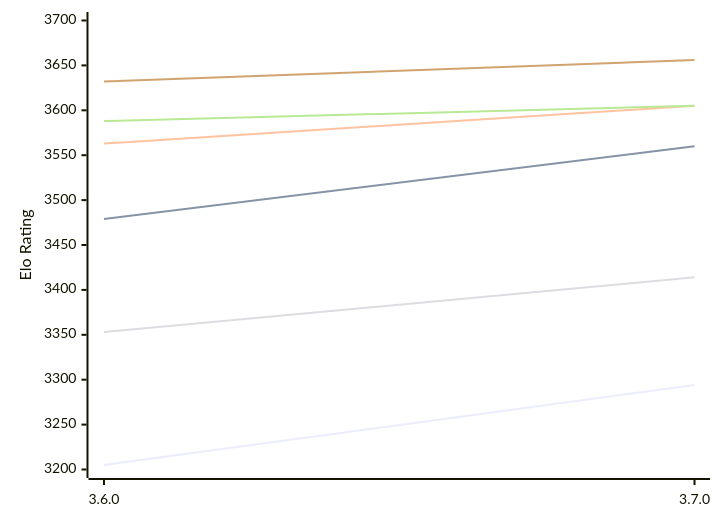
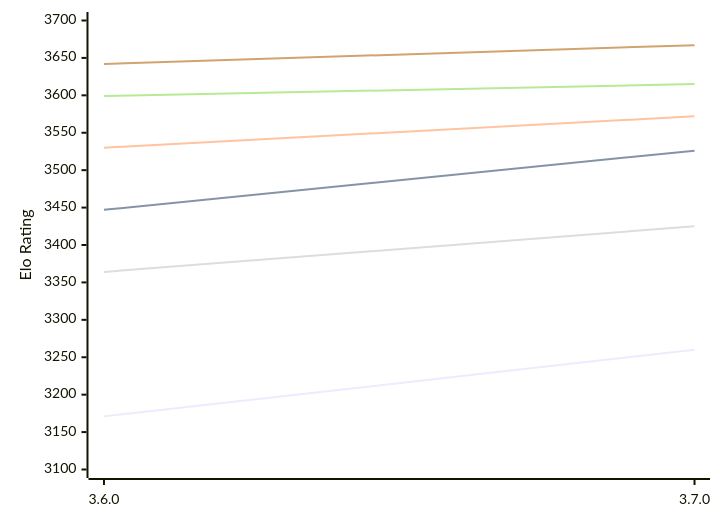
Before and after one commit to computer-chess-index/cci: the diagram in engines/Simplechess.md, drawn with Mermaid. The commit also changed other lines of this file, not shown here.

Commit message:
Update CCI Ratings (ELO VLTC) - 2026-11-12

````diff
--- a/engines/Simplechess.md
+++ b/engines/Simplechess.md
@@ -49,12 +49,12 @@
 ```mermaid
 %%{init: {"theme":"base","themeVariables":{"seriesColors:['#a3a3a3','#222221','#faa371']}}}%%
 xychart-beta
   x-axis ["3.6.0", "3.7.0"]
-  y-axis "Elo Rating" 3200 --> 3700
-  line "E1: STC (8.0+0.08s)" [3205, 3294]
-  line "E1: LTC (60.0+0.60s)" [3479, 3560]
-  line "E1: VLTC (2m24s+1.12s)" [3563, 3605]
-  line "P1: STC (8.0+0.08s)" [3353, 3414]
-  line "P1: LTC (60.0+0.60s)" [3588, 3605]
-  line "P1: VLTC (2m24s+1.12s)" [3632, 3656]
+  y-axis "Elo Rating" 3100 --> 3700
+  line "E1: STC (8.0+0.08s)" [3171, 3260]
+  line "E1: LTC (60.0+0.60s)" [3447, 3526]
+  line "E1: VLTC (2m24s+1.12s)" [3530, 3572]
+  line "P1: STC (8.0+0.08s)" [3364, 3425]
+  line "P1: LTC (60.0+0.60s)" [3599, 3615]
+  line "P1: VLTC (2m24s+1.12s)" [3642, 3667]
 ```
````
